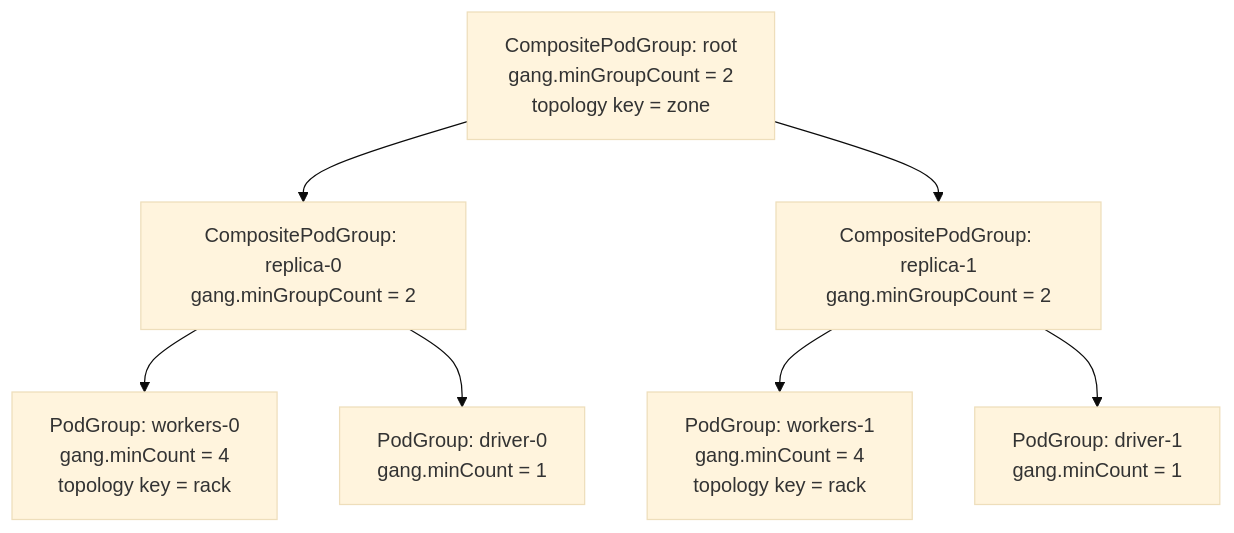
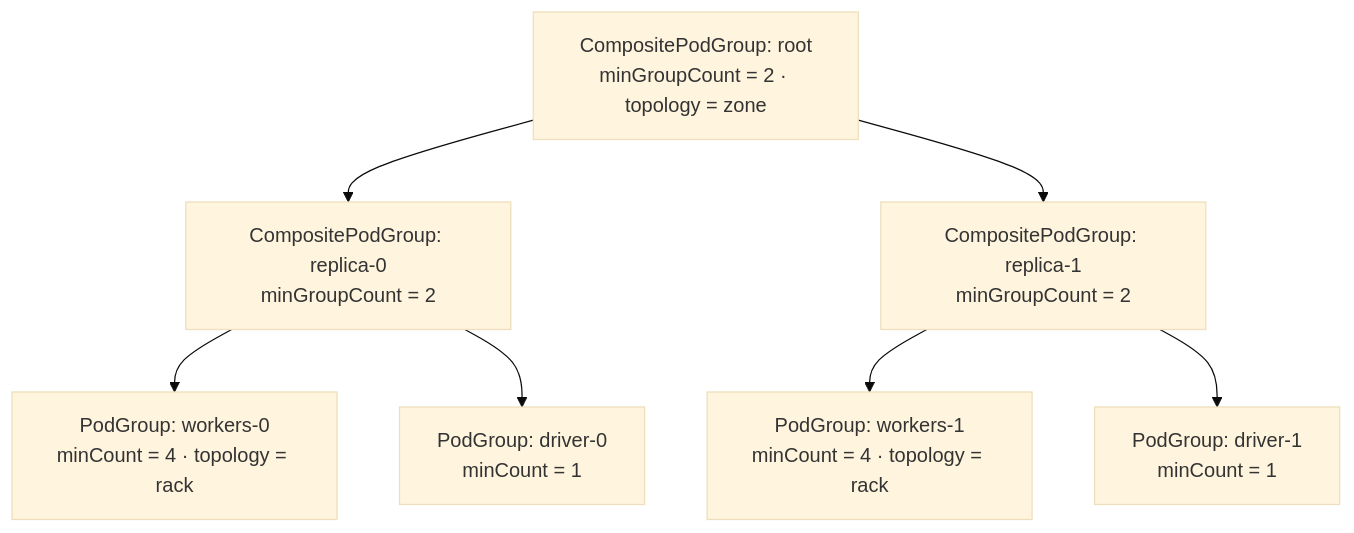
One commit to JesseStutler/volcano changed the seventh of 15 diagrams in docs/research/k8s-workload-aware-scheduling-vs-volcano-cn.md. Above: the diagram before and after it, drawn with Mermaid (base theme). The commit also changed other lines of this file and 1 other file, not shown here.

First line of the commit message:
docs: improve readability of upstream PodGroup vs Volcano report

````diff
--- a/docs/research/k8s-workload-aware-scheduling-vs-volcano-cn.md
+++ b/docs/research/k8s-workload-aware-scheduling-vs-volcano-cn.md
@@ -387,16 +299,17 @@
 ```mermaid
 flowchart TD
-    Root["CompositePodGroup: root<br/>gang.minGroupCount = 2<br/>topology key = zone"]
-    R0["CompositePodGroup: replica-0<br/>gang.minGroupCount = 2"]
-    R1["CompositePodGroup: replica-1<br/>gang.minGroupCount = 2"]
-    W0["PodGroup: workers-0<br/>gang.minCount = 4<br/>topology key = rack"]
-    D0["PodGroup: driver-0<br/>gang.minCount = 1"]
-    W1["PodGroup: workers-1<br/>gang.minCount = 4<br/>topology key = rack"]
-    D1["PodGroup: driver-1<br/>gang.minCount = 1"]
+    Root["CompositePodGroup: root<br/>minGroupCount = 2 · topology = zone"]
+    R0["CompositePodGroup: replica-0<br/>minGroupCount = 2"]
+    R1["CompositePodGroup: replica-1<br/>minGroupCount = 2"]
+    W0["PodGroup: workers-0<br/>minCount = 4 · topology = rack"]
+    D0["PodGroup: driver-0<br/>minCount = 1"]
+    W1["PodGroup: workers-1<br/>minCount = 4 · topology = rack"]
+    D1["PodGroup: driver-1<br/>minCount = 1"]
+
     Root --> R0
     Root --> R1
     R0 --> W0
     R0 --> D0
     R1 --> W1
     R1 --> D1
 ```
````
